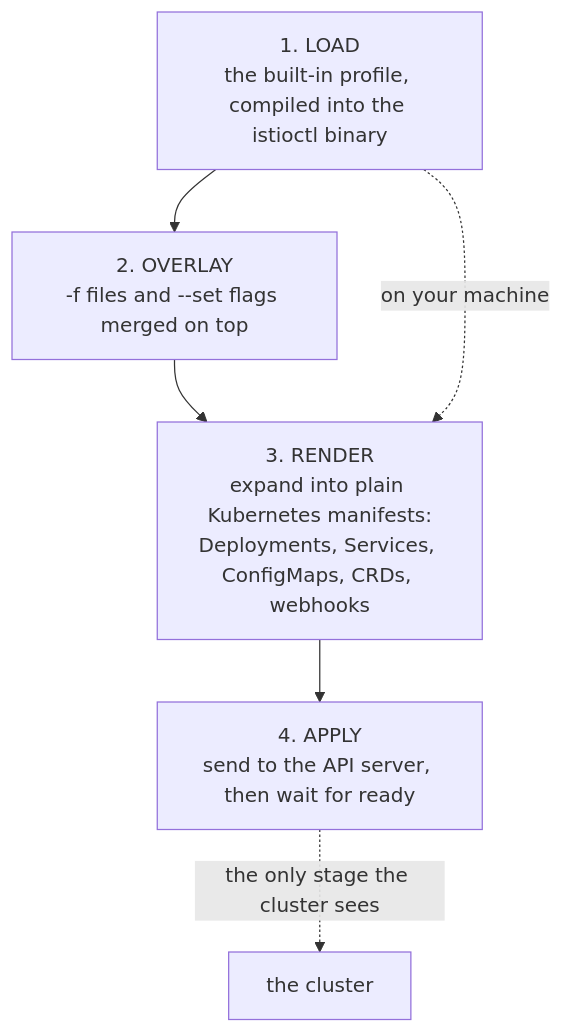
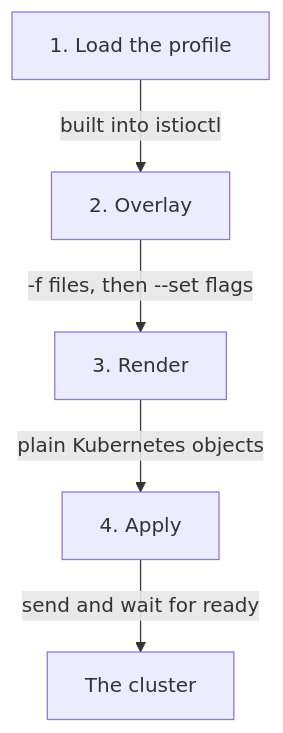
One commit to astrona-io/ATS013 changed the first of 2 diagrams in sections/section-010/module-01/course-01-render-and-apply-pipeline.md. Above: the diagram before and after it, drawn with Mermaid. The commit also changed other lines of this file and 24 other files, not shown here.

````diff
--- a/sections/section-010/module-01/course-01-render-and-apply-pipeline.md
+++ b/sections/section-010/module-01/course-01-render-and-apply-pipeline.md
@@ -17,8 +33,7 @@
 ```mermaid
-flowchart TD
-    L["1. LOAD<br/>the built-in profile, compiled into the istioctl binary"] --> O["2. OVERLAY<br/>-f files and --set flags merged on top"]
-    O --> R["3. RENDER<br/>expand into plain Kubernetes manifests:<br/>Deployments, Services, ConfigMaps, CRDs, webhooks"]
-    R --> A["4. APPLY<br/>send to the API server, then wait for ready"]
-    L -.->|"on your machine"| R
-    A -.->|"the only stage the cluster sees"| A2["the cluster"]
+flowchart TB
+    L["1. Load the profile"] -->|"built into istioctl"| O["2. Overlay"]
+    O -->|"-f files, then --set flags"| R["3. Render"]
+    R -->|"plain Kubernetes objects"| A["4. Apply"]
+    A -->|"send and wait for ready"| C["The cluster"]
 ```
````
